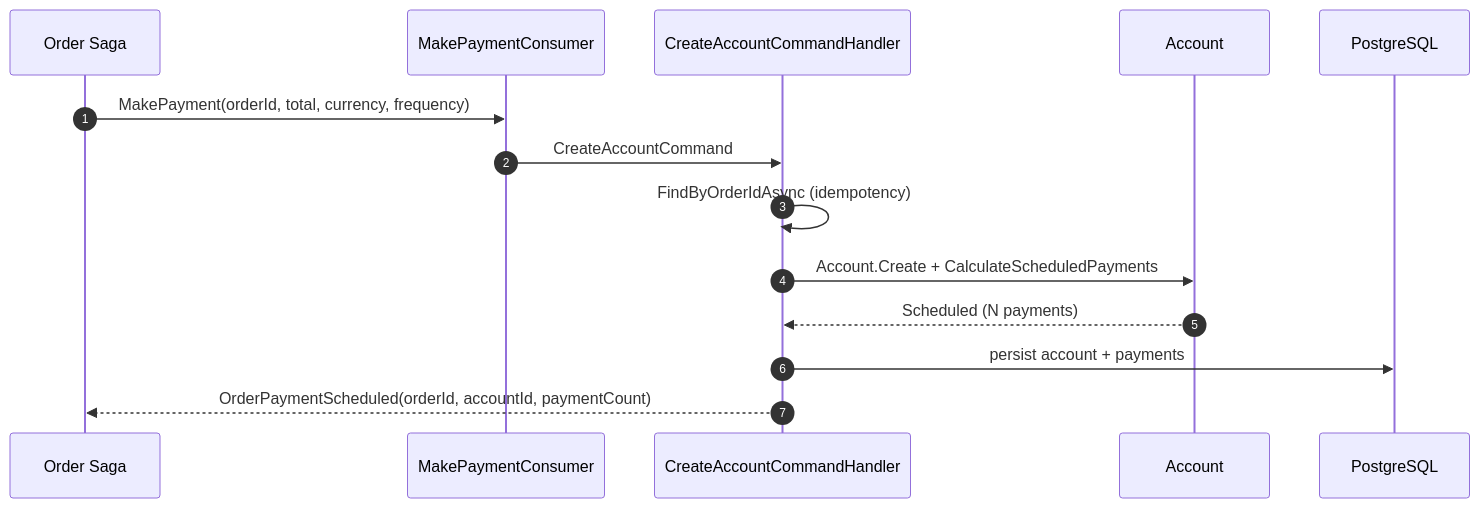
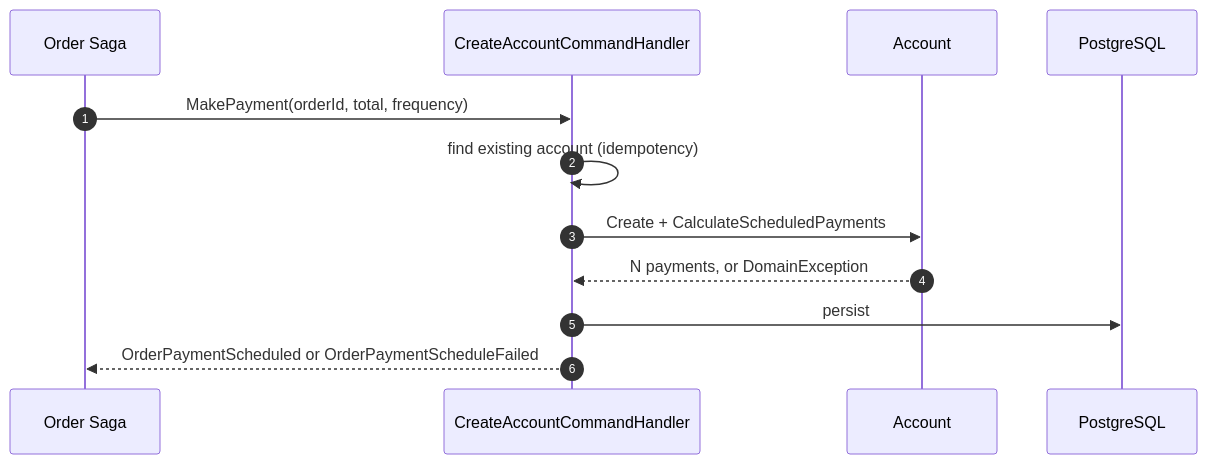
Before and after one commit to mnnam1302/EShop: the fifth of 7 diagrams in Finance/src/EShop.Finance.API/README.md, drawn with Mermaid. The commit also changed other lines of this file and 82 other files, not shown here.

````diff
--- a/Finance/src/EShop.Finance.API/README.md
+++ b/Finance/src/EShop.Finance.API/README.md
@@ -364,17 +95,15 @@
 ```mermaid
 sequenceDiagram
     autonumber
     participant ORD as Order Saga
-    participant C as MakePaymentConsumer
     participant H as CreateAccountCommandHandler
     participant ACC as Account
     participant DB as PostgreSQL
 
-    ORD->>C: MakePayment(orderId, total, currency, frequency)
-    C->>H: CreateAccountCommand
-    H->>H: FindByOrderIdAsync (idempotency)
-    H->>ACC: Account.Create + CalculateScheduledPayments
-    ACC-->>H: Scheduled (N payments)
-    H->>DB: persist account + payments
-    H-->>ORD: OrderPaymentScheduled(orderId, accountId, paymentCount)
+    ORD->>H: MakePayment(orderId, total, frequency)
+    H->>H: find existing account (idempotency)
+    H->>ACC: Create + CalculateScheduledPayments
+    ACC-->>H: N payments, or DomainException
+    H->>DB: persist
+    H-->>ORD: OrderPaymentScheduled or OrderPaymentScheduleFailed
 ```
````
